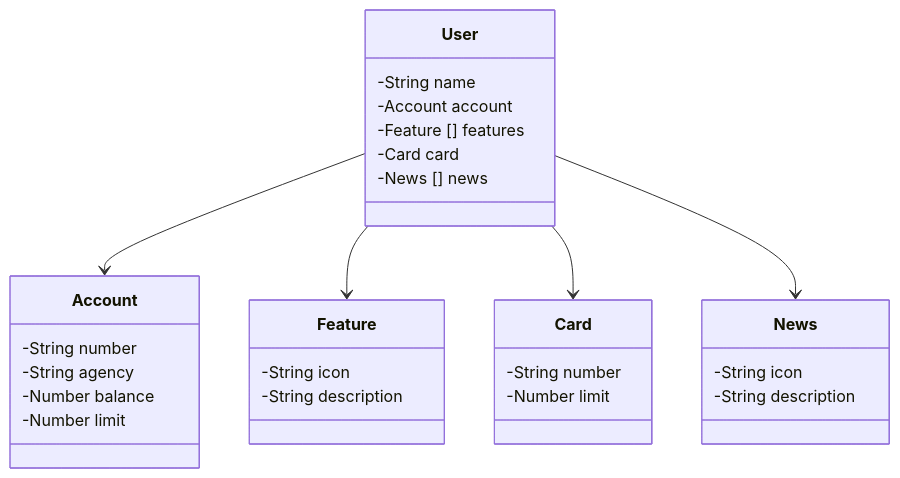
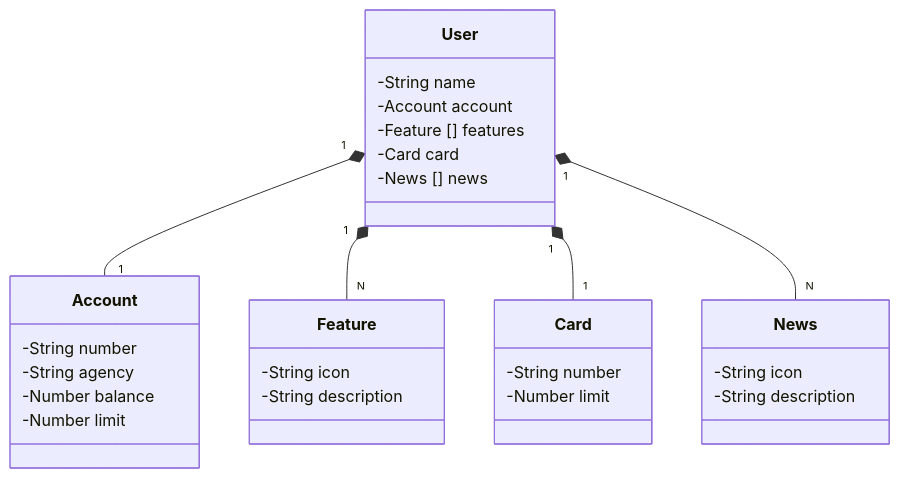
One commit to lavih2048/santander-dev-week-2025 changed the diagram in README.md. Above: the diagram before and after it, drawn with Mermaid.

````diff
--- a/README.md
+++ b/README.md
@@ -7,37 +7,37 @@
 ```mermaid
 classDiagram
   class User {
     -String name
     -Account account
     -Feature [] features
     -Card card
     -News [] news
   }
 
   class Account {
     -String number
     -String agency
     -Number balance
     -Number limit
   }
 
   class Feature {
     -String icon
     -String description
   }
 
   class Card {
     -String number
     -Number limit
   }
 
   class News {
     -String icon
     -String description
   }
 
-  User --> Account
-  User --> Feature
-  User --> Card
-  User --> News
+  User "1" *-- "1" Account
+  User "1" *-- "N" Feature
+  User "1" *-- "1" Card
+  User "1" *-- "N" News
 ```
````
